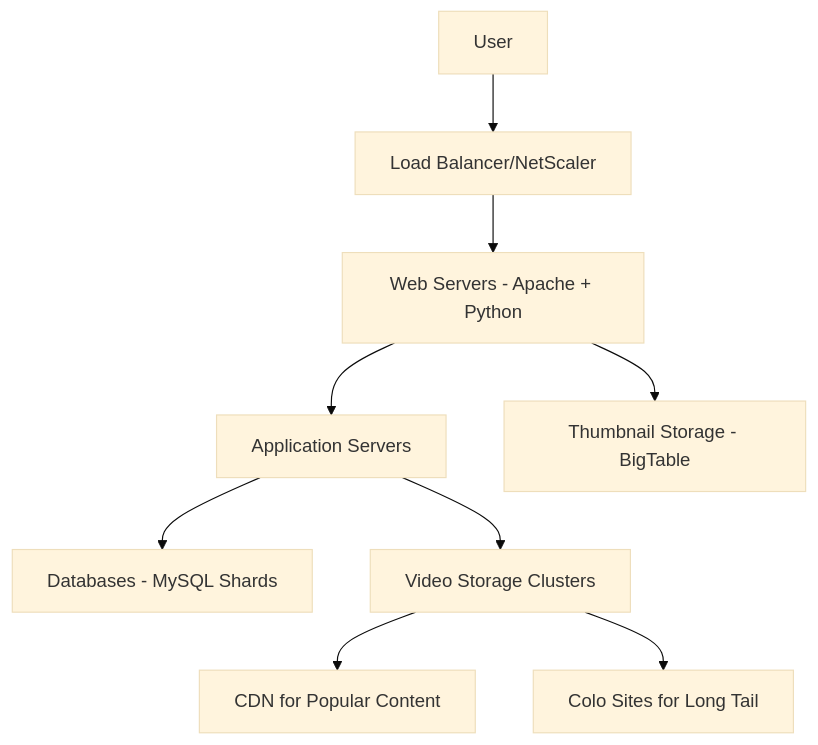
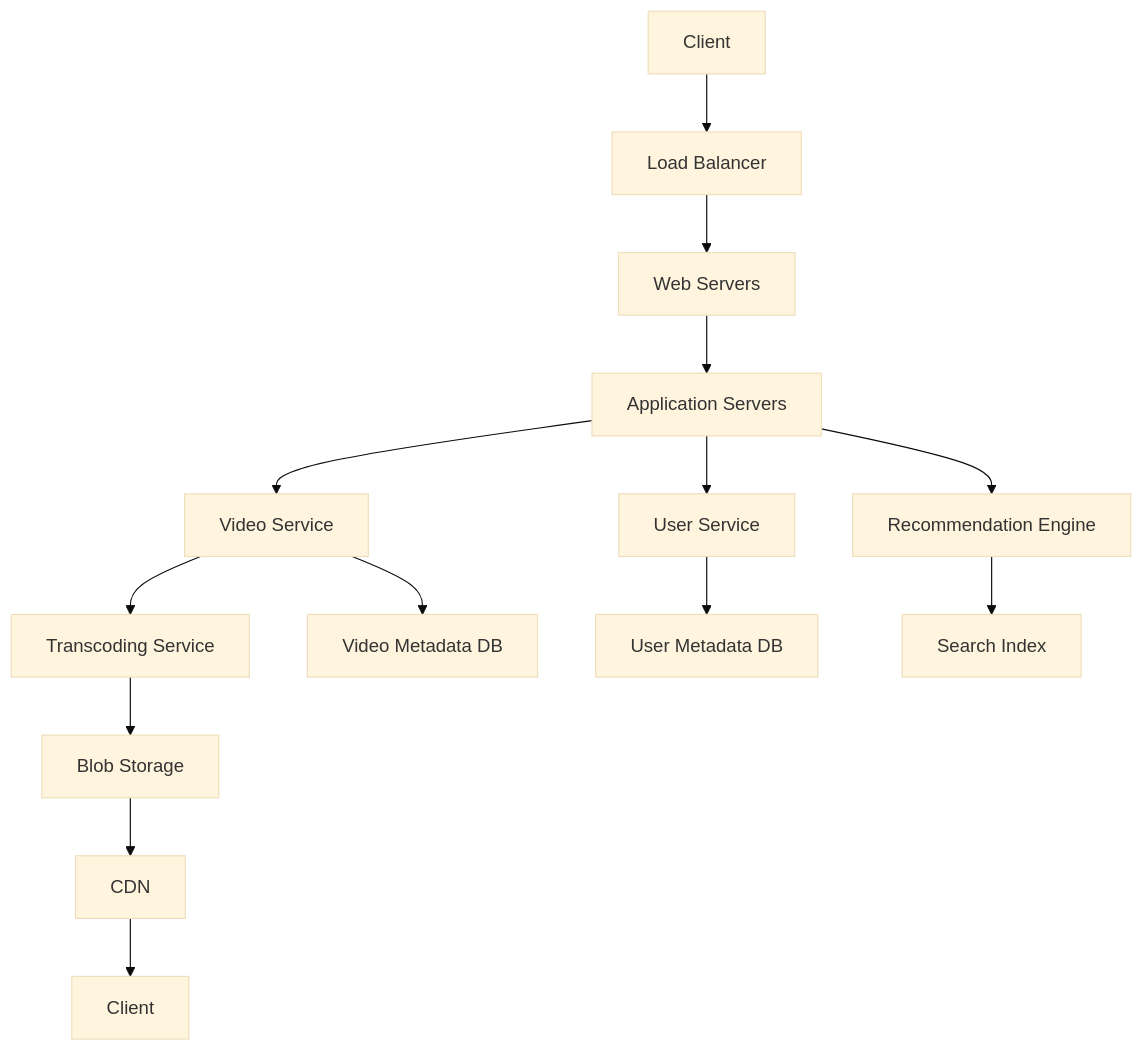
Before and after one commit to VrushankPatel/interview-matters: the diagram in youtube-system-design/README.md, drawn with Mermaid (base theme). The commit also changed other lines of this file and 6 other files, not shown here.

````diff
--- a/youtube-system-design/README.md
+++ b/youtube-system-design/README.md
@@ -27,11 +27,16 @@
 ```mermaid
-graph TB
-    A[User] --> B[Load Balancer/NetScaler]
-    B --> C[Web Servers - Apache + Python]
+graph TD
+    A[Client] --> B[Load Balancer]
+    B --> C[Web Servers]
     C --> D[Application Servers]
-    D --> E[Databases - MySQL Shards]
-    D --> F[Video Storage Clusters]
-    F --> G[CDN for Popular Content]
-    F --> H[Colo Sites for Long Tail]
-    C --> I[Thumbnail Storage - BigTable]
+    D --> E[Video Service]
+    D --> F[User Service]
+    E --> G[Transcoding Service]
+    G --> H[Blob Storage]
+    H --> I[CDN]
+    I --> J[Client]
+    F --> K[User Metadata DB]
+    E --> L[Video Metadata DB]
+    D --> M[Recommendation Engine]
+    M --> N[Search Index]
 ```
````
